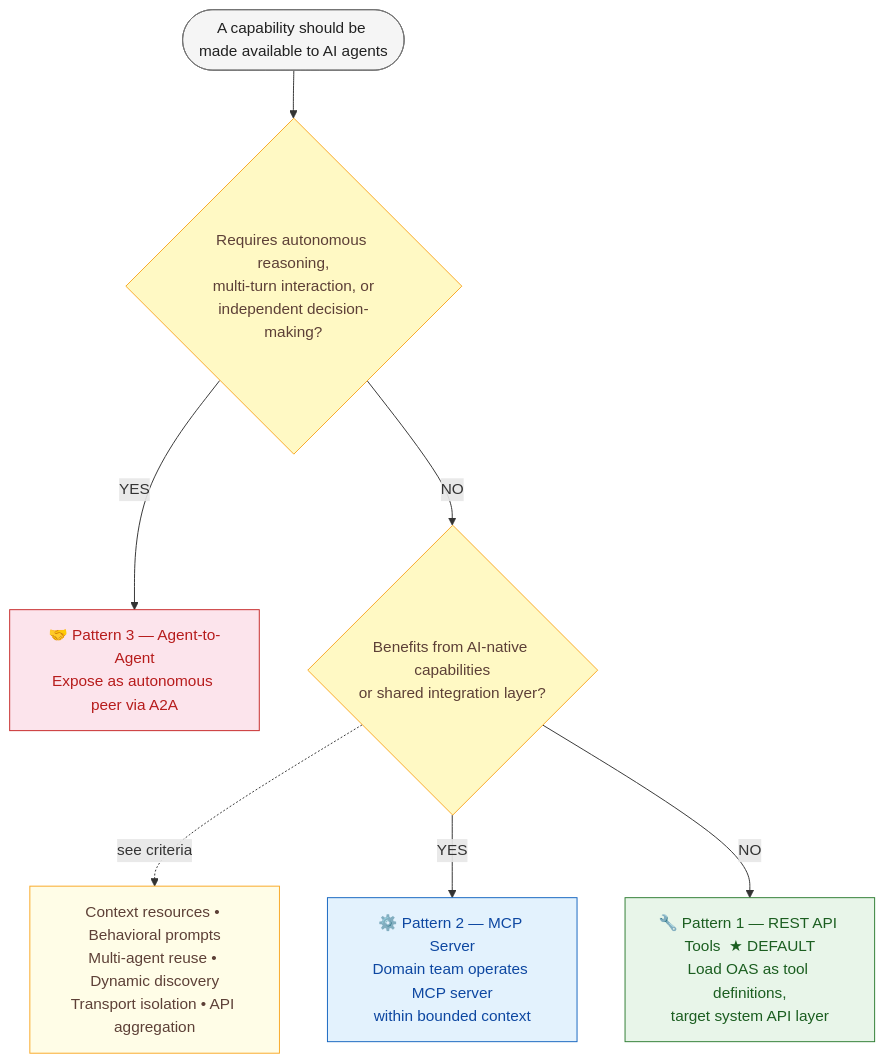
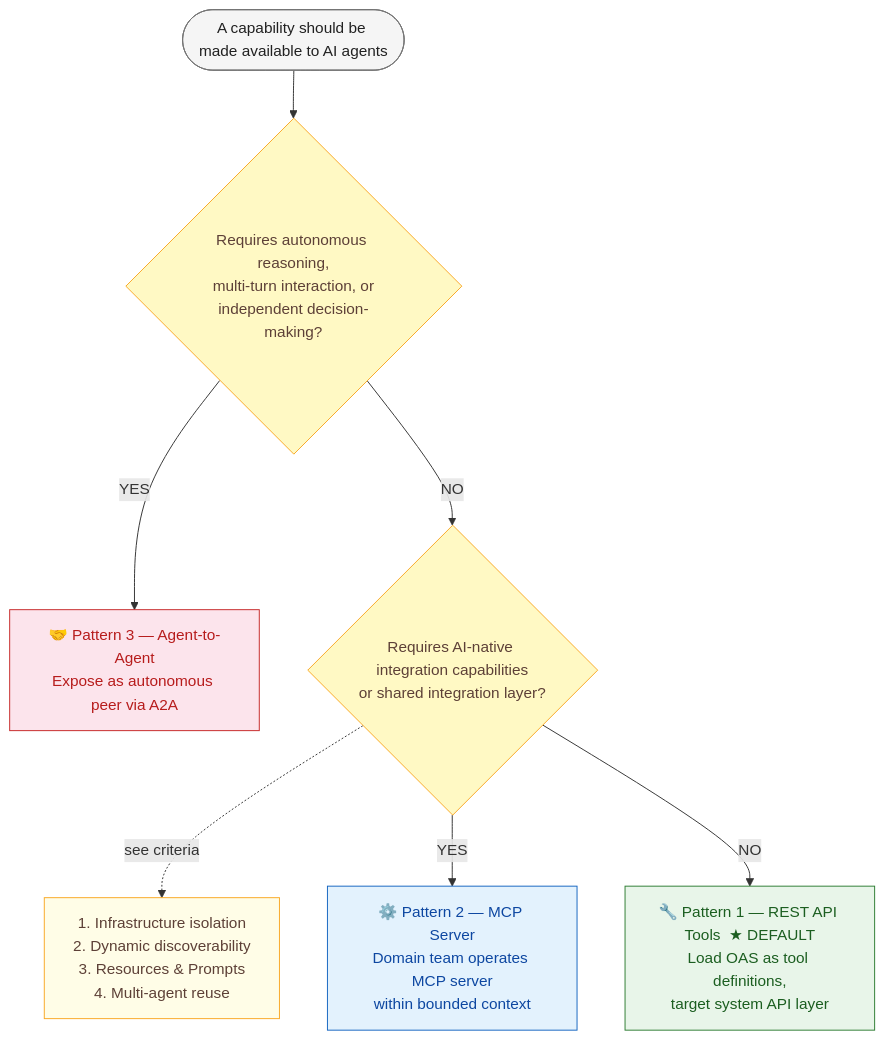
Before and after one commit to davbol/mcp-tests: the first of 2 diagrams in agentic_integration_decision_framework.md, drawn with Mermaid. The commit also changed other lines of this file, not shown here.

````diff
--- a/agentic_integration_decision_framework.md
+++ b/agentic_integration_decision_framework.md
@@ -218,29 +214,29 @@
 ```mermaid
 flowchart TD
     START(["A capability should be made available to AI agents"]) --> Q1
 
     Q1{"Requires autonomous reasoning,<br/>multi-turn interaction, or<br/>independent decision-making?"}
 
     Q1 -->|YES| P3
     Q1 -->|NO| Q2
 
-    Q2{"Benefits from AI-native capabilities<br/>or shared integration layer?"}
-    Q2_NOTE["Context resources • Behavioral prompts<br/>Multi-agent reuse • Dynamic discovery<br/>Transport isolation • API aggregation"]
+    Q2{"Requires AI-native integration capabilities<br/>or shared integration layer?"}
+    Q2_NOTE["1. Infrastructure isolation<br/>2. Dynamic discoverability<br/>3. Resources & Prompts<br/>4. Multi-agent reuse"]
 
     Q2 -.->|"see criteria"| Q2_NOTE
 
     Q2 -->|YES| P2
     Q2 -->|NO| P1
 
     P3["🤝 Pattern 3 — Agent-to-Agent<br/>Expose as autonomous peer via A2A"]
     P2["⚙️ Pattern 2 — MCP Server<br/>Domain team operates MCP server<br/>within bounded context"]
     P1["🔧 Pattern 1 — REST API Tools  ★ DEFAULT<br/>Load OAS as tool definitions,<br/>target system API layer"]
 
     style P1 fill:#e8f5e9,stroke:#2e7d32,color:#1b5e20
     style P2 fill:#e3f2fd,stroke:#1565c0,color:#0d47a1
     style P3 fill:#fce4ec,stroke:#c62828,color:#b71c1c
     style Q1 fill:#fff9c4,stroke:#f9a825,color:#5d4037
     style Q2 fill:#fff9c4,stroke:#f9a825,color:#5d4037
     style Q2_NOTE fill:#fffde7,stroke:#f9a825,color:#5d4037
     style START fill:#f5f5f5,stroke:#757575,color:#212121
 ```
````
